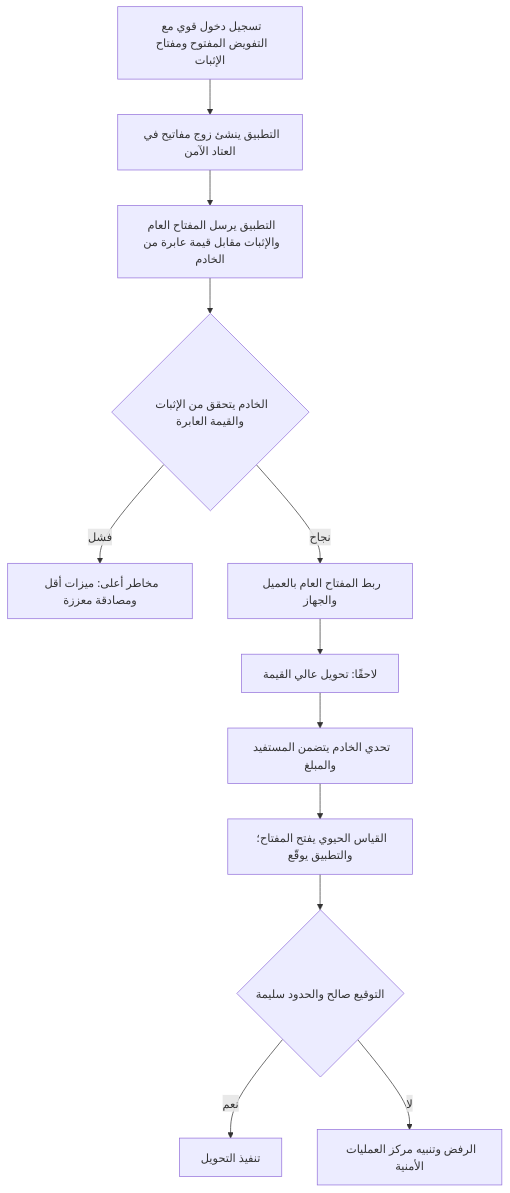
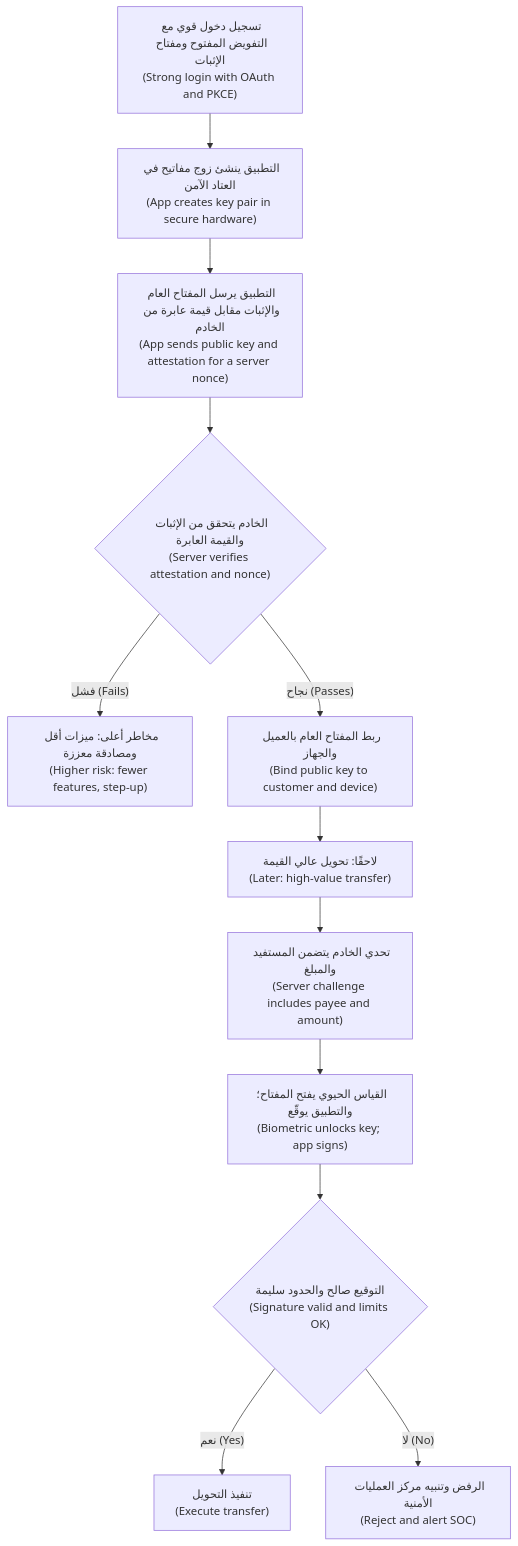
One commit to Tamoura/system-design-for-vibe-coders changed the third of 3 diagrams in secai/modules/04-api-mobile.ar.md. Above: the diagram before and after it, drawn with Mermaid. The commit also changed other lines of this file and 11 other files, not shown here.

First line of the commit message:
Security course: Arabic modules 10–11 reviewed; RTL diagrams with English labels for modules 0–11

````diff
--- a/secai/modules/04-api-mobile.ar.md
+++ b/secai/modules/04-api-mobile.ar.md
@@ -630,14 +630,14 @@
 ```mermaid
 flowchart TD
-    A["تسجيل دخول قوي مع التفويض المفتوح ومفتاح الإثبات"] --> B["التطبيق ينشئ زوج مفاتيح في العتاد الآمن"]
-    B --> C["التطبيق يرسل المفتاح العام والإثبات مقابل قيمة عابرة من الخادم"]
-    C --> D{"الخادم يتحقق من الإثبات والقيمة العابرة"}
-    D -->|"فشل"| E["مخاطر أعلى: ميزات أقل ومصادقة معززة"]
-    D -->|"نجاح"| F["ربط المفتاح العام بالعميل والجهاز"]
-    F --> G["لاحقًا: تحويل عالي القيمة"]
-    G --> H["تحدي الخادم يتضمن المستفيد والمبلغ"]
-    H --> I["القياس الحيوي يفتح المفتاح؛ والتطبيق يوقّع"]
-    I --> J{"التوقيع صالح والحدود سليمة"}
-    J -->|"نعم"| K["تنفيذ التحويل"]
-    J -->|"لا"| L["الرفض وتنبيه مركز العمليات الأمنية"]
+    A["تسجيل دخول قوي مع التفويض المفتوح ومفتاح الإثبات<br/>(Strong login with OAuth and PKCE)"] --> B["التطبيق ينشئ زوج مفاتيح في العتاد الآمن<br/>(App creates key pair in secure hardware)"]
+    B --> C["التطبيق يرسل المفتاح العام والإثبات مقابل قيمة عابرة من الخادم<br/>(App sends public key and attestation for a server nonce)"]
+    C --> D{"الخادم يتحقق من الإثبات والقيمة العابرة<br/>(Server verifies attestation and nonce)"}
+    D -->|"فشل (Fails)"| E["مخاطر أعلى: ميزات أقل ومصادقة معززة<br/>(Higher risk: fewer features, step-up)"]
+    D -->|"نجاح (Passes)"| F["ربط المفتاح العام بالعميل والجهاز<br/>(Bind public key to customer and device)"]
+    F --> G["لاحقًا: تحويل عالي القيمة<br/>(Later: high-value transfer)"]
+    G --> H["تحدي الخادم يتضمن المستفيد والمبلغ<br/>(Server challenge includes payee and amount)"]
+    H --> I["القياس الحيوي يفتح المفتاح؛ والتطبيق يوقّع<br/>(Biometric unlocks key#59; app signs)"]
+    I --> J{"التوقيع صالح والحدود سليمة<br/>(Signature valid and limits OK)"}
+    J -->|"نعم (Yes)"| K["تنفيذ التحويل<br/>(Execute transfer)"]
+    J -->|"لا (No)"| L["الرفض وتنبيه مركز العمليات الأمنية<br/>(Reject and alert SOC)"]
 ```
````
